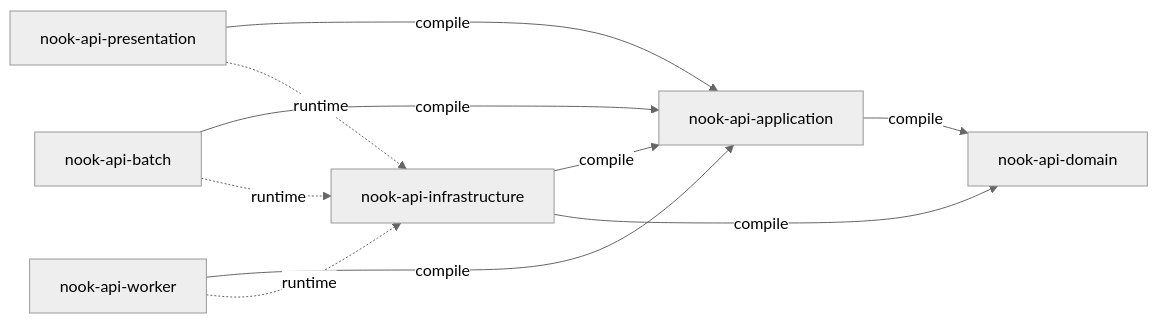
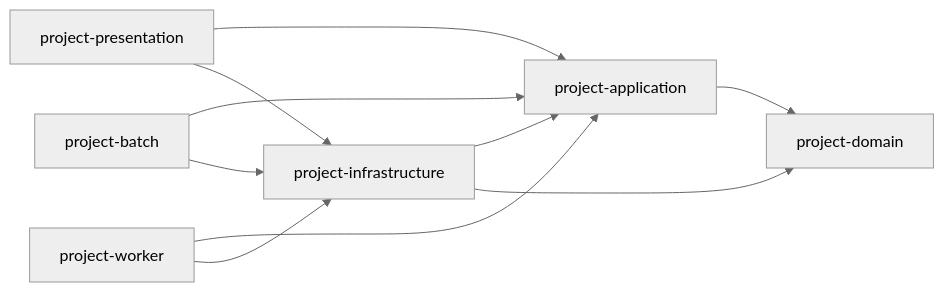
One commit to Jeong-Rae/SpringKit changed the diagram in docs/archtectures/module-structure.md. Above: the diagram before and after it, drawn with Mermaid (neutral theme). The commit also changed other lines of this file and 1 other file, not shown here.

Commit message:
Docs: 리뷰에 따라 아키텍처 문서 정리

````diff
--- a/docs/archtectures/module-structure.md
+++ b/docs/archtectures/module-structure.md
@@ -8,13 +5,12 @@
 ```mermaid
 flowchart LR
-    presentation["nook-api-presentation"] -->|compile| application["nook-api-application"]
-    batch["nook-api-batch"] -->|compile| application
-    worker["nook-api-worker"] -->|compile| application
-    infrastructure["nook-api-infrastructure"] -->|compile| application
-    infrastructure -->|compile| domain["nook-api-domain"]
-    application -->|compile| domain
-
-    presentation -.->|runtime| infrastructure
-    batch -.->|runtime| infrastructure
-    worker -.->|runtime| infrastructure
+    presentation["project-presentation"] --> application["project-application"]
+    presentation --> infrastructure["project-infrastructure"]
+    batch["project-batch"] --> application
+    batch --> infrastructure
+    worker["project-worker"] --> application
+    worker --> infrastructure
+    infrastructure --> application
+    infrastructure --> domain["project-domain"]
+    application --> domain
 ```
````
